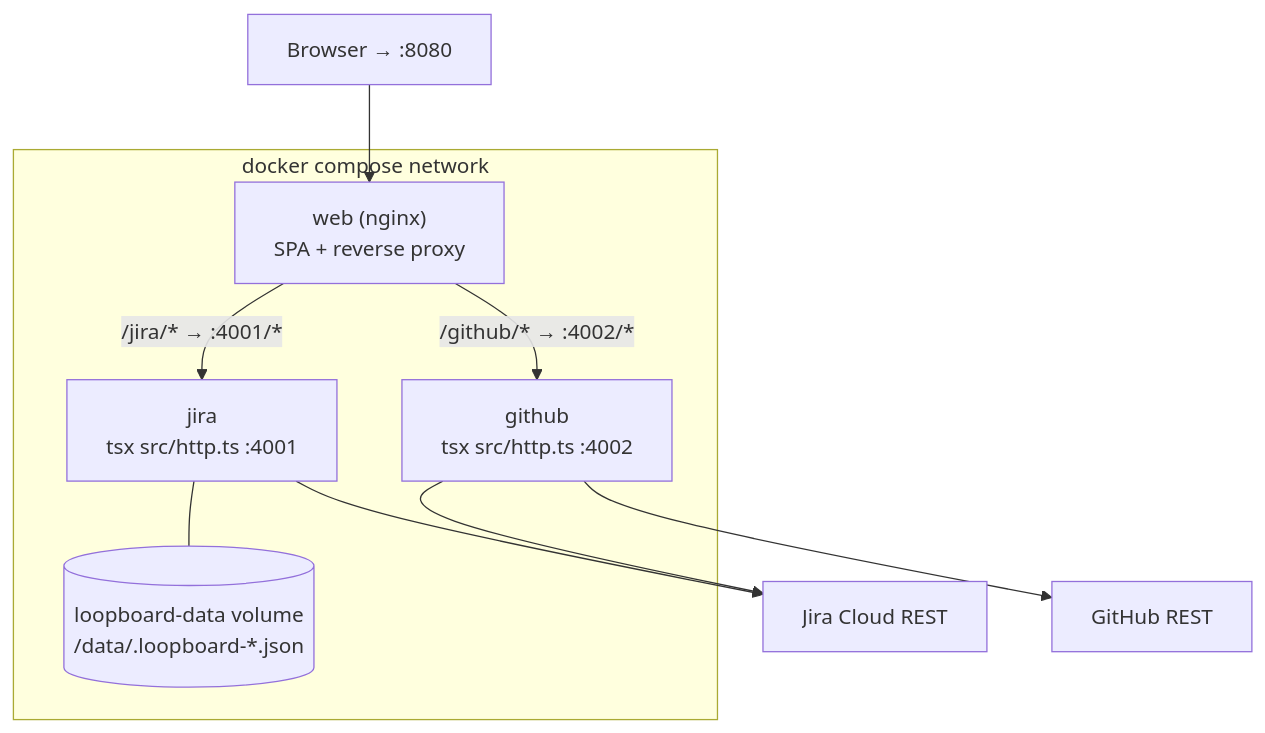
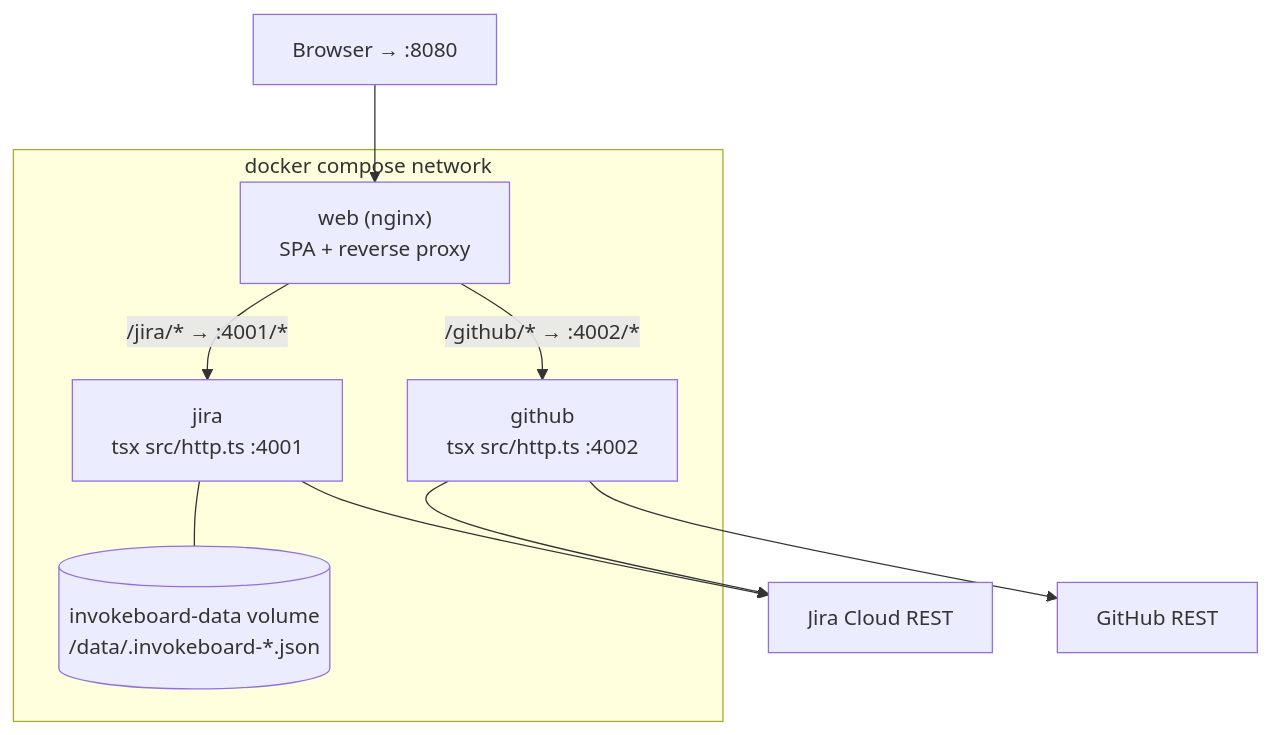
One commit to jrglomar/loopboard changed the diagram in docs/ARCHITECTURE.md. Above: the diagram before and after it, drawn with Mermaid. The commit also changed other lines of this file and 64 other files, not shown here.

````diff
--- a/docs/ARCHITECTURE.md
+++ b/docs/ARCHITECTURE.md
@@ -462,17 +462,17 @@
 ```mermaid
 flowchart TB
   user["Browser → :8080"]
   subgraph net["docker compose network"]
     web["web (nginx)<br/>SPA + reverse proxy"]
     jira["jira<br/>tsx src/http.ts :4001"]
     gh["github<br/>tsx src/http.ts :4002"]
-    vol[("loopboard-data volume<br/>/data/.loopboard-*.json")]
+    vol[("invokeboard-data volume<br/>/data/.invokeboard-*.json")]
   end
   user --> web
   web -- "/jira/* → :4001/*" --> jira
   web -- "/github/* → :4002/*" --> gh
   jira --- vol
   jira --> japi["Jira Cloud REST"]
   gh --> japi
   gh --> gapi["GitHub REST"]
 ```
````
